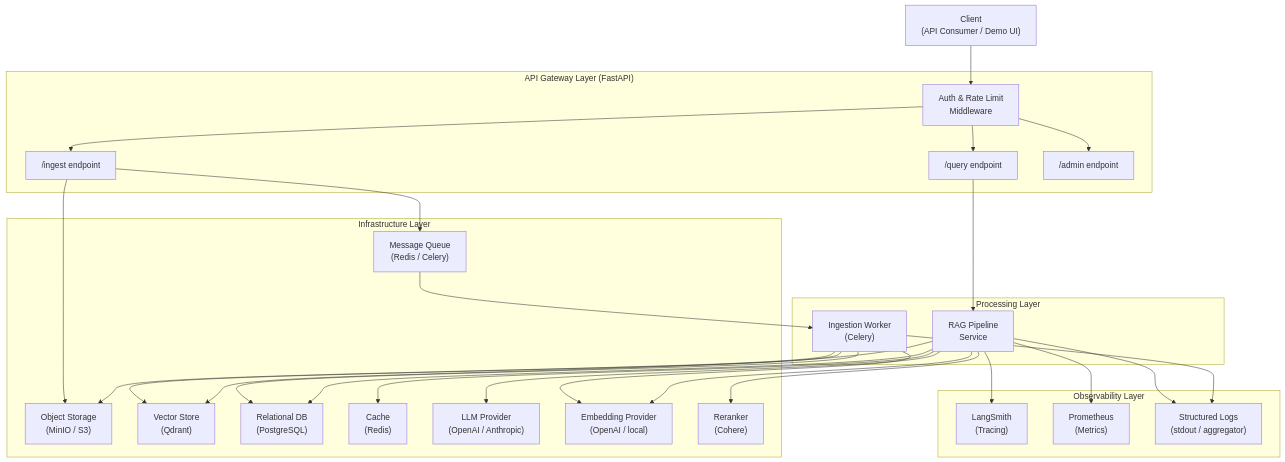
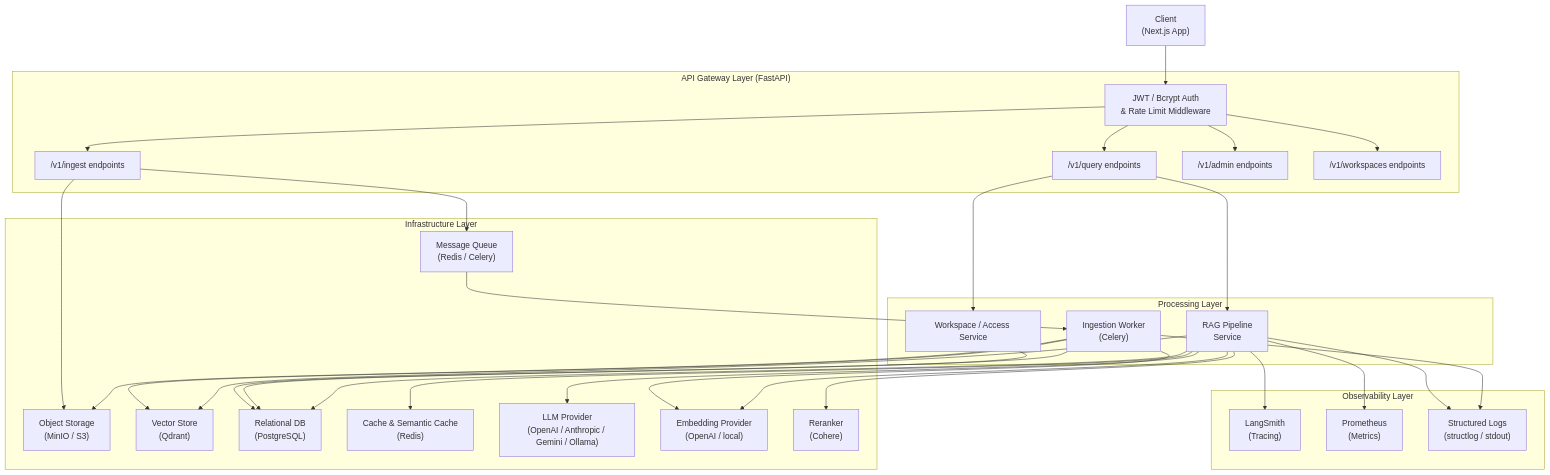
Before and after one commit to ismail-yahya/production-rag-system: the diagram in README.md, drawn with Mermaid. The commit also changed other lines of this file and 116 other files, not shown here.

First line of the commit message:
feat: implement enterprise auth, workspace isolation, settings, and chat features with glassmorphism UI redesign

````diff
--- a/README.md
+++ b/README.md
@@ -16,59 +16,64 @@
 ```mermaid
 graph TD
-    Client["Client\n(API Consumer / Demo UI)"]
+    Client["Client\n(Next.js App)"]
 
     subgraph API["API Gateway Layer (FastAPI)"]
-        Auth["Auth & Rate Limit\nMiddleware"]
-        RI["/ingest endpoint"]
-        RQ["/query endpoint"]
-        RA["/admin endpoint"]
+        Auth["JWT / Bcrypt Auth\n& Rate Limit Middleware"]
+        RI["/v1/ingest endpoints"]
+        RQ["/v1/query endpoints"]
+        RA["/v1/admin endpoints"]
+        RWS["/v1/workspaces endpoints"]
     end
 
     subgraph Processing["Processing Layer"]
         IW["Ingestion Worker\n(Celery)"]
         RP["RAG Pipeline\nService"]
+        WS["Workspace / Access Service"]
     end
 
     subgraph Infra["Infrastructure Layer"]
         OS["Object Storage\n(MinIO / S3)"]
         MQ["Message Queue\n(Redis / Celery)"]
         VDB["Vector Store\n(Qdrant)"]
         PG["Relational DB\n(PostgreSQL)"]
-        RC["Cache\n(Redis)"]
-        LLM["LLM Provider\n(OpenAI / Anthropic)"]
+        RC["Cache & Semantic Cache\n(Redis)"]
+        LLM["LLM Provider\n(OpenAI / Anthropic / Gemini / Ollama)"]
         EMB["Embedding Provider\n(OpenAI / local)"]
         RR["Reranker\n(Cohere)"]
     end
 
     subgraph Obs["Observability Layer"]
         LS["LangSmith\n(Tracing)"]
         PM["Prometheus\n(Metrics)"]
-        LOG["Structured Logs\n(stdout / aggregator)"]
+        LOG["Structured Logs\n(structlog / stdout)"]
     end
 
     Client --> Auth
     Auth --> RI
     Auth --> RQ
     Auth --> RA
+    Auth --> RWS
 
     RI --> OS
     RI --> MQ
     MQ --> IW
     IW --> OS
     IW --> EMB
     IW --> VDB
     IW --> PG
 
+    RQ --> WS
+    WS --> PG
     RQ --> RP
     RP --> RC
     RP --> EMB
     RP --> VDB
     RP --> RR
     RP --> LLM
     RP --> PG
 
     RP --> LS
     RP --> PM
     RP --> LOG
     IW --> LOG
 ```
````
